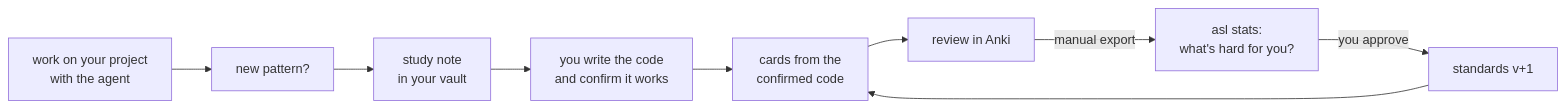
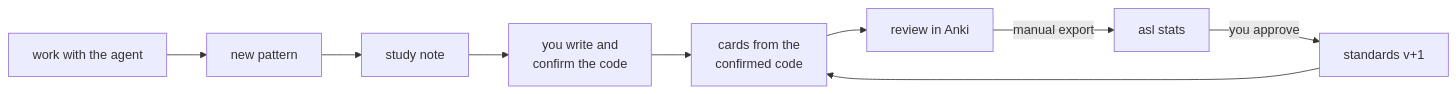
Before and after one commit to yungselm/agentic-studying-loop: the diagram in README.md, drawn with Mermaid. The commit also changed other lines of this file and 33 other files, not shown here.

````diff
--- a/README.md
+++ b/README.md
@@ -7,11 +7,6 @@
 ```mermaid
 flowchart LR
-    A[work on your project<br/>with the agent] --> B[new pattern?]
-    B --> C[study note<br/>in your vault]
-    C --> D[you write the code<br/>and confirm it works]
-    D --> E[cards from the<br/>confirmed code]
-    E --> F[review in Anki]
-    F -->|manual export| G[asl stats:<br/>what's hard for you?]
-    G -->|you approve| H[standards v+1]
-    H --> E
+    A[work with the agent] --> B[new pattern] --> C[study note] --> D[you write and<br/>confirm the code]
+    D --> E[cards from the<br/>confirmed code] --> F[review in Anki]
+    F -->|manual export| G[asl stats] -->|you approve| H[standards v+1] --> E
 ```
````
